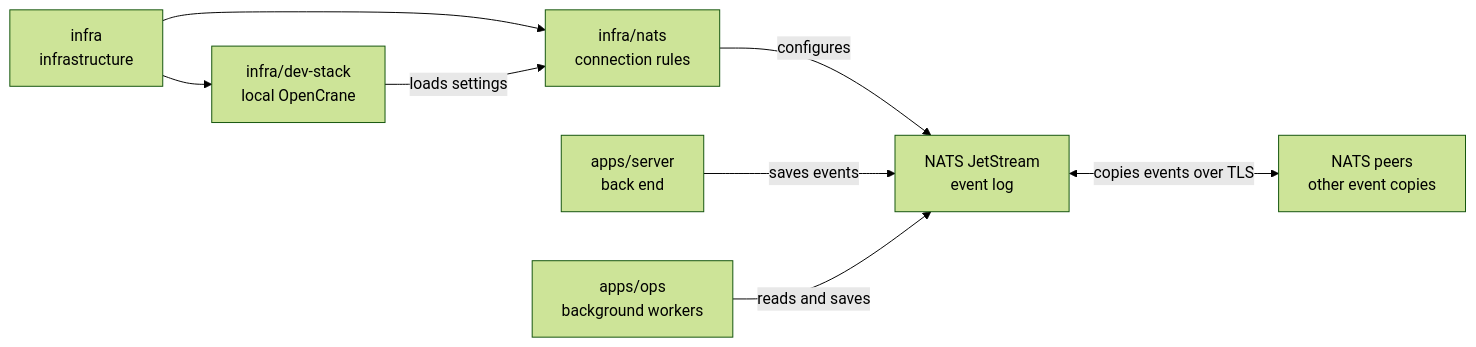
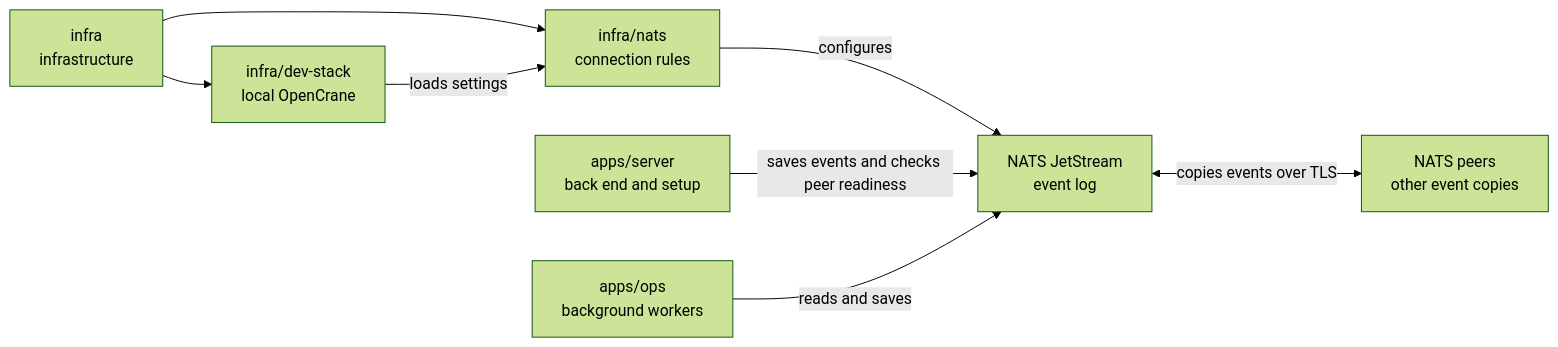
Before and after one commit to elewa-git/opencrane-new: the diagram in infra/nats/README.md, drawn with Mermaid (forest theme). The commit also changed other lines of this file and 8 other files, not shown here.

````diff
--- a/infra/nats/README.md
+++ b/infra/nats/README.md
@@ -16,10 +16,10 @@
 ```mermaid
 flowchart LR
   infra["infra<br/>infrastructure"] --> settings["infra/nats<br/>connection rules"]
   infra --> stack["infra/dev-stack<br/>local OpenCrane"]
   stack -->|loads settings| settings
   settings -->|configures| nats["NATS JetStream<br/>event log"]
   nats <-->|copies events over TLS| peers["NATS peers<br/>other event copies"]
-  server["apps/server<br/>back end"] -->|saves events| nats
+  server["apps/server<br/>back end and setup"] -->|saves events and checks peer readiness| nats
   ops["apps/ops<br/>background workers"] -->|reads and saves| nats
 ```
````
